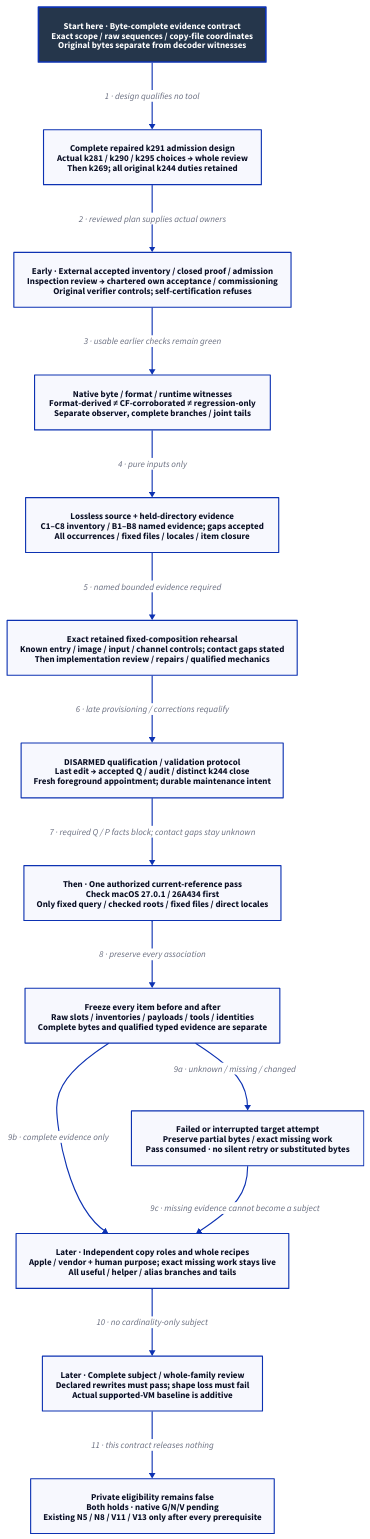
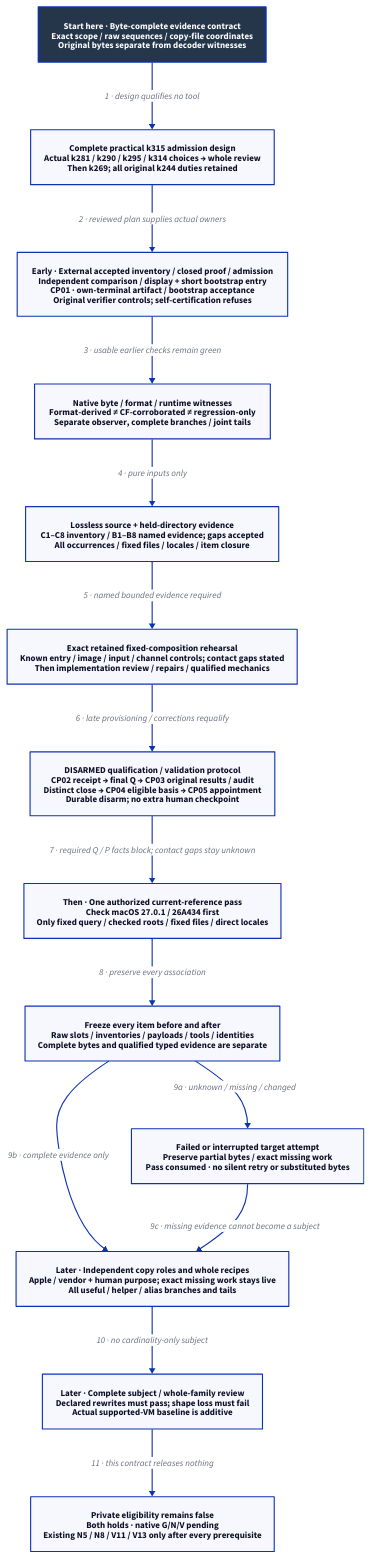
The diagram in docs/design/architecture/native-reference-evidence.d2 (Linkuistics/Koine), drawn with D2 before and after one commit. The commit also changed 52 other files, not shown here.

Commit message:
Repair practical reference admission design (reference-evidence-practical-admission-k315)

```diff
--- a/docs/design/architecture/native-reference-evidence.d2
+++ b/docs/design/architecture/native-reference-evidence.d2
@@ -1,31 +1,31 @@
 # Admission repair design; mandatory review and replanning precede unbuilt qualification.
 direction: down
 classes: {
   start: {style: {fill: "#25364B"; font-color: "#FFFFFF"; bold: true; stroke-width: 3}}
 }
 Start: "Start here · Byte-complete evidence contract\nExact scope / raw sequences / copy-file coordinates\nOriginal bytes separate from decoder witnesses" {class: start}
-Plan: "Complete repaired k291 admission design\nActual k281 / k290 / k295 choices → whole review\nThen k269; all original k244 duties retained"
-Replay: "Early · External accepted inventory / closed proof / admission\nInspection review → chartered own acceptance / commissioning\nOriginal verifier controls; self-certification refuses"
+Plan: "Complete practical k315 admission design\nActual k281 / k290 / k295 / k314 choices → whole review\nThen k269; all original k244 duties retained"
+Replay: "Early · External accepted inventory / closed proof / admission\nIndependent comparison / display + short bootstrap entry\nCP01 · own-terminal artifact / bootstrap acceptance\nOriginal verifier controls; self-certification refuses"
 Decode: "Native byte / format / runtime witnesses\nFormat-derived ≠ CF-corroborated ≠ regression-only\nSeparate observer, complete branches / joint tails"
 Source: "Lossless source + held-directory evidence\nC1–C8 inventory / B1–B8 named evidence; gaps accepted\nAll occurrences / fixed files / locales / item closure"
 Pure: "Exact retained fixed-composition rehearsal\nKnown entry / image / input / channel controls; contact gaps stated\nThen implementation review / repairs / qualified mechanics"
-Authority: "DISARMED qualification / validation protocol\nLast edit → accepted Q / audit / distinct k244 close\nFresh foreground appointment; durable maintenance intent"
+Authority: "DISARMED qualification / validation protocol\nCP02 receipt → final Q → CP03 original results / audit\nDistinct close → CP04 eligible basis → CP05 appointment\nDurable disarm; no extra human checkpoint"
 Pass: "Then · One authorized current-reference pass\nCheck macOS 27.0.1 / 26A434 first\nOnly fixed query / checked roots / fixed files / direct locales"
 Closure: "Freeze every item before and after\nRaw slots / inventories / payloads / tools / identities\nComplete bytes and qualified typed evidence are separate"
 Failed: "Failed or interrupted target attempt\nPreserve partial bytes / exact missing work\nPass consumed · no silent retry or substituted bytes"
 Roles: "Later · Independent copy roles and whole recipes\nApple / vendor + human purpose; exact missing work stays live\nAll useful / helper / alias branches and tails"
 Review: "Later · Complete subject / whole-family review\nDeclared rewrites must pass; shape loss must fail\nActual supported-VM baseline is additive"
 Hold: "Private eligibility remains false\nBoth holds · native G/N/V pending\nExisting N5 / N8 / V11 / V13 only after every prerequisite"
 Start -> Plan: "1 · design qualifies no tool"
 Plan -> Replay: "2 · reviewed plan supplies actual owners"
 Replay -> Decode: "3 · usable earlier checks remain green"
 Decode -> Source: "4 · pure inputs only"
 Source -> Pure: "5 · named bounded evidence required"
 Pure -> Authority: "6 · late provisioning / corrections requalify"
 Authority -> Pass: "7 · required Q / P facts block; contact gaps stay unknown"
 Pass -> Closure: "8 · preserve every association"
 Closure -> Failed: "9a · unknown / missing / changed"
 Closure -> Roles: "9b · complete evidence only"
 Failed -> Roles: "9c · missing evidence cannot become a subject"
 Roles -> Review: "10 · no cardinality-only subject"
 Review -> Hold: "11 · this contract releases nothing"
```
